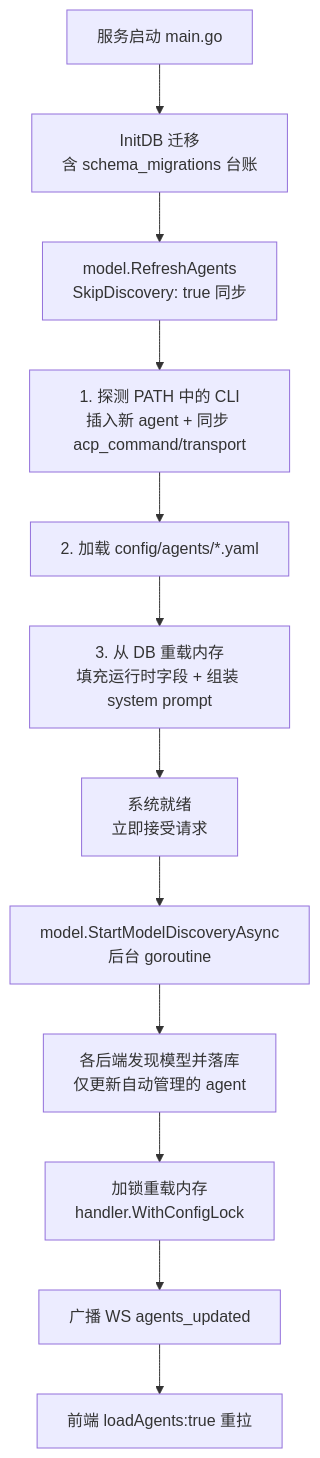
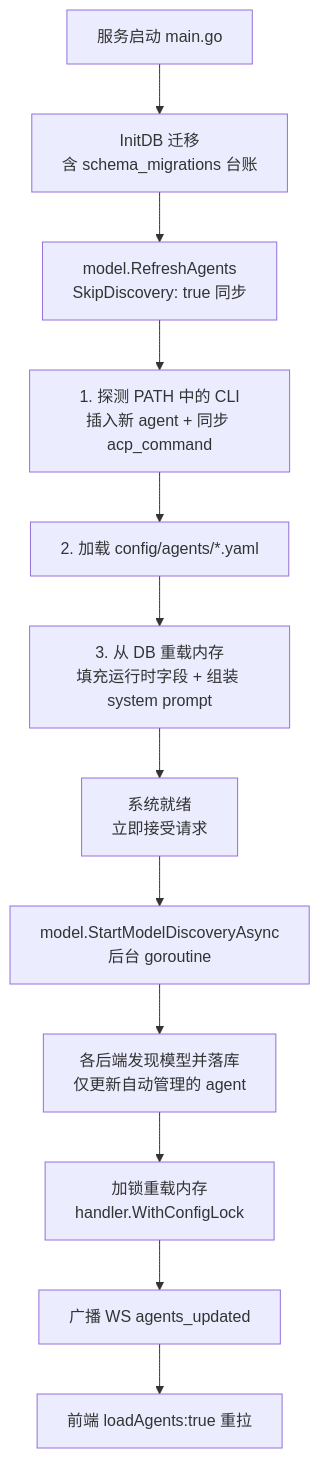
Before and after one commit to clawbench-dev/clawbench: the first of 2 diagrams in docs/spec/infra/config-and-discovery.md, drawn with Mermaid. The commit also changed other lines of this file and 99 other files, not shown here.

````diff
--- a/docs/spec/infra/config-and-discovery.md
+++ b/docs/spec/infra/config-and-discovery.md
@@ -9,14 +9,14 @@
 ```mermaid
 flowchart TD
     A[服务启动 main.go] --> B[InitDB 迁移<br/>含 schema_migrations 台账]
     B --> C[model.RefreshAgents<br/>SkipDiscovery: true 同步]
-    C --> C1[1. 探测 PATH 中的 CLI<br/>插入新 agent + 同步 acp_command/transport]
+    C --> C1[1. 探测 PATH 中的 CLI<br/>插入新 agent + 同步 acp_command]
     C1 --> C2[2. 加载 config/agents/*.yaml]
     C2 --> C3[3. 从 DB 重载内存<br/>填充运行时字段 + 组装 system prompt]
     C3 --> D[系统就绪<br/>立即接受请求]
     D --> E[model.StartModelDiscoveryAsync<br/>后台 goroutine]
     E --> E1[各后端发现模型并落库<br/>仅更新自动管理的 agent]
     E1 --> E2[加锁重载内存<br/>handler.WithConfigLock]
     E2 --> E3[广播 WS agents_updated]
     E3 --> F[前端 loadAgents:true 重拉]
 ```
````
